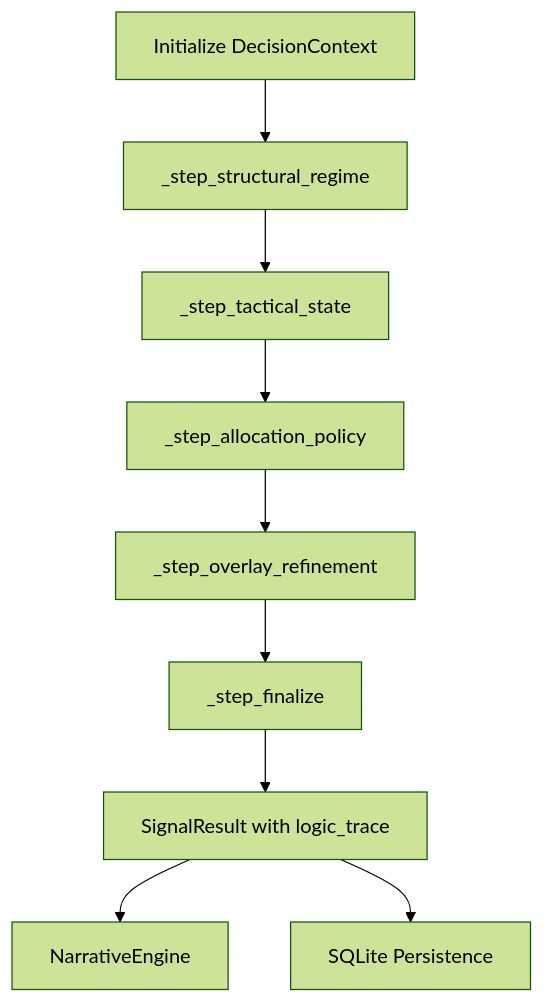
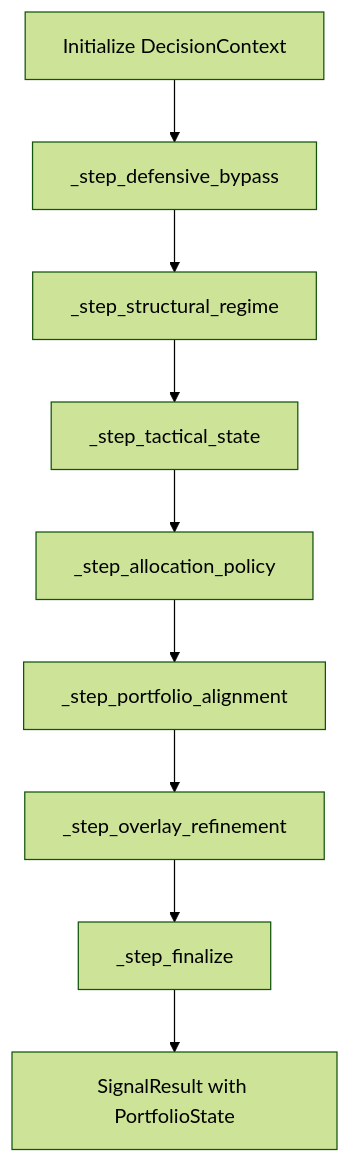
Before and after one commit to yutaofr/qqq-buyer-monitor: the diagram in docs/architecture.md, drawn with Mermaid (forest theme). The commit also changed other lines of this file and 20 other files, not shown here.

````diff
--- a/docs/architecture.md
+++ b/docs/architecture.md
@@ -24,11 +26,11 @@
 ```mermaid
 graph TD
-    A[Initialize DecisionContext] --> B[_step_structural_regime]
-    B --> C[_step_tactical_state]
-    C --> D[_step_allocation_policy]
-    D --> E[_step_overlay_refinement]
-    E --> F[_step_finalize]
-    F --> G[SignalResult with logic_trace]
-    G --> H[NarrativeEngine]
-    G --> I[SQLite Persistence]
+    A[Initialize DecisionContext] --> B[_step_defensive_bypass]
+    B --> C[_step_structural_regime]
+    C --> D[_step_tactical_state]
+    D --> E[_step_allocation_policy]
+    E --> F[_step_portfolio_alignment]
+    F --> G[_step_overlay_refinement]
+    G --> H[_step_finalize]
+    H --> I[SignalResult with PortfolioState]
 ```
````
